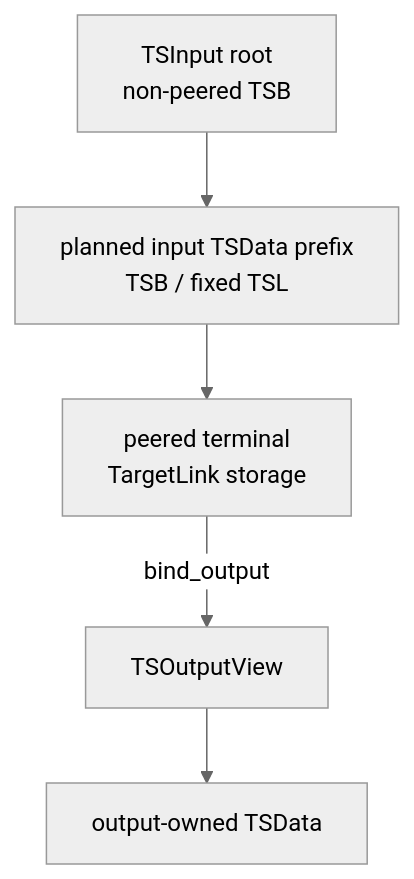
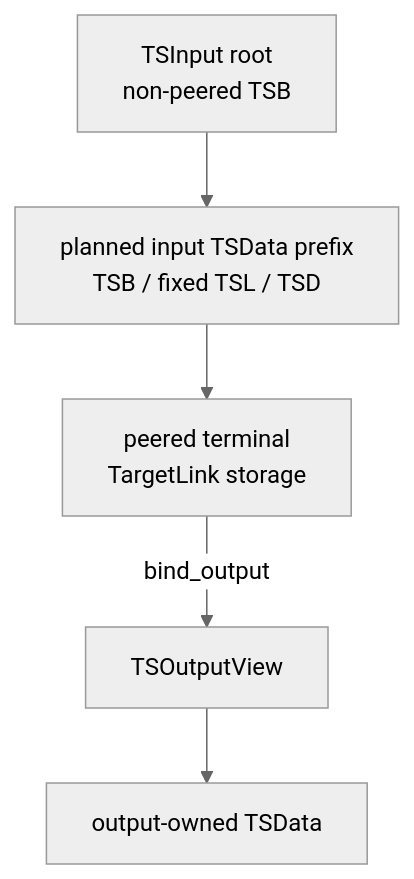
One commit to hhenson/hg_cpp changed the first of 10 diagrams in docs/source/developer_guide/data_structures/plans_and_ops/time_series.rst. Above: the diagram before and after it, drawn with Mermaid (neutral theme). The commit also changed other lines of this file and 30 other files, not shown here.

```diff
--- a/docs/source/developer_guide/data_structures/plans_and_ops/time_series.rst
+++ b/docs/source/developer_guide/data_structures/plans_and_ops/time_series.rst
@@ -328,13 +340,13 @@
 .. mermaid::
 
    flowchart TD
       Root["TSInput root<br/>non-peered TSB"]
-      Prefix["planned input TSData prefix<br/>TSB / fixed TSL"]
+      Prefix["planned input TSData prefix<br/>TSB / fixed TSL / TSD"]
       Link["peered terminal<br/>TargetLink storage"]
       Output["TSOutputView"]
       Data["output-owned TSData"]
 
       Root --> Prefix
       Prefix --> Link
       Link -->|bind_output| Output
       Output --> Data
```
